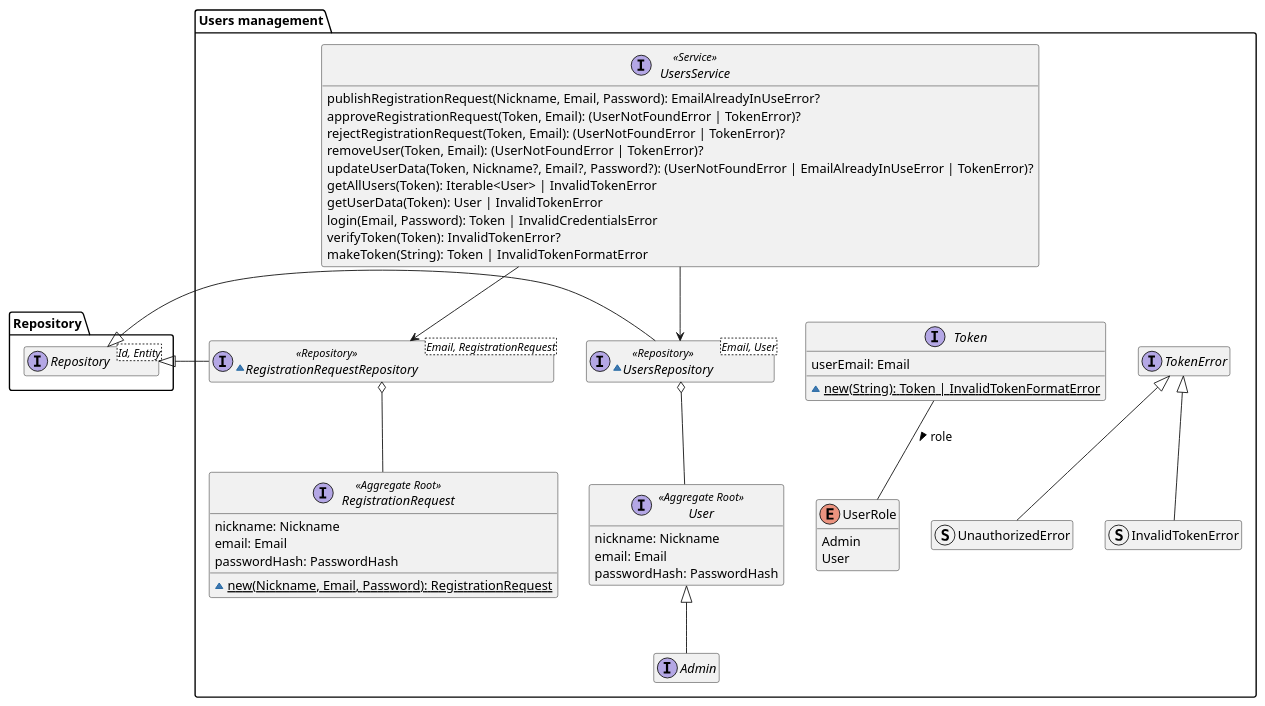
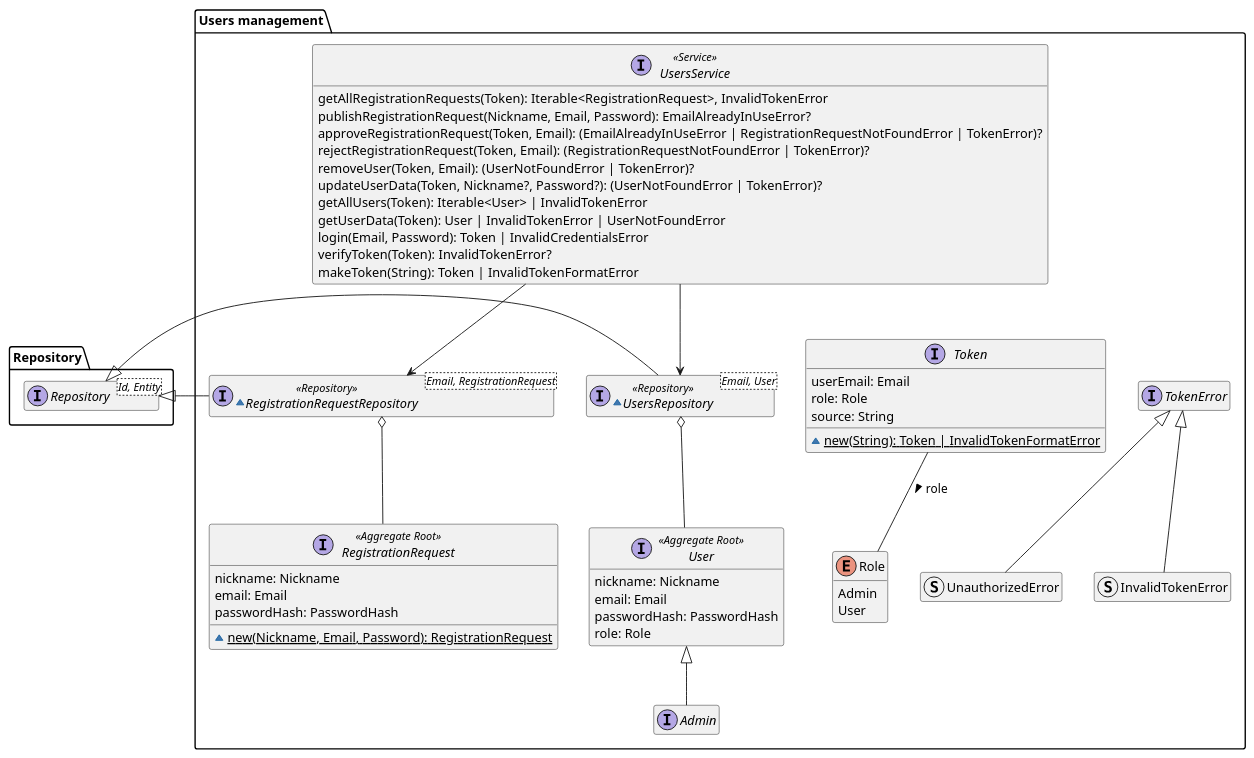
One commit to DomoticASW/.github changed the diagram in diagrams/src/users-management-domain-model.puml. Above: the diagram before and after it, drawn with PlantUML. The commit also changed 1 other file, not shown here.

Commit message:
refactor: update users management diagram

```diff
--- a/diagrams/src/users-management-domain-model.puml
+++ b/diagrams/src/users-management-domain-model.puml
@@ -1,66 +1,70 @@
 @startuml users-management-domain-model
 
 hide empty members
 package Repository{
     interface Repository<Id, Entity>
 }
 
 package "Users management" as Users {
     interface User <<Aggregate Root>> {
         nickname: Nickname
         email: Email
         passwordHash: PasswordHash
+        role: Role
     }
     interface Admin extends User
 
     interface RegistrationRequest <<Aggregate Root>> {
         nickname: Nickname
         email: Email
         passwordHash: PasswordHash
         ~{static} new(Nickname, Email, Password): RegistrationRequest
     }
 
     interface Token {
         userEmail: Email
+        role: Role
+        source: String
         ~{static} new(String): Token | InvalidTokenFormatError
     }
-    enum UserRole {
+    enum Role {
         Admin
         User
     }
-    Token -- UserRole : "role >"
+    Token -- Role : "role >"
 
     interface UsersService <<Service>> {
+        getAllRegistrationRequests(Token): Iterable<RegistrationRequest>, InvalidTokenError
         publishRegistrationRequest(Nickname, Email, Password): EmailAlreadyInUseError?
-        approveRegistrationRequest(Token, Email): (UserNotFoundError | TokenError)?
-        rejectRegistrationRequest(Token, Email): (UserNotFoundError | TokenError)?
+        approveRegistrationRequest(Token, Email): (EmailAlreadyInUseError | RegistrationRequestNotFoundError | TokenError)?
+        rejectRegistrationRequest(Token, Email): (RegistrationRequestNotFoundError | TokenError)?
         removeUser(Token, Email): (UserNotFoundError | TokenError)?
-        updateUserData(Token, Nickname?, Email?, Password?): (UserNotFoundError | EmailAlreadyInUseError | TokenError)?
+        updateUserData(Token, Nickname?, Password?): (UserNotFoundError | TokenError)?
         getAllUsers(Token): Iterable<User> | InvalidTokenError
-        getUserData(Token): User | InvalidTokenError
+        getUserData(Token): User | InvalidTokenError | UserNotFoundError
         login(Email, Password): Token | InvalidCredentialsError
         verifyToken(Token): InvalidTokenError?
         makeToken(String): Token | InvalidTokenFormatError
     }
 
     ~interface RegistrationRequestRepository<Email, RegistrationRequest> <<Repository>> {
     }
     RegistrationRequestRepository -l-|> Repository.Repository
     RegistrationRequestRepository o-- RegistrationRequest
     ~interface UsersRepository<Email, User> <<Repository>> {
     }
     UsersRepository -l-|> Repository.Repository
     UsersRepository o-- User
     
     UsersService --> UsersRepository
     UsersService --> RegistrationRequestRepository
 
     interface TokenError
     struct UnauthorizedError extends TokenError
     struct InvalidTokenError extends TokenError
     Token -r[hidden]- TokenError
 
     UsersService -[hidden]-> Token
 }
 
 @enduml
```
